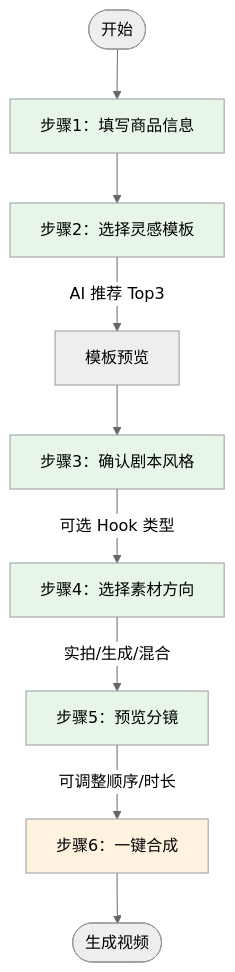
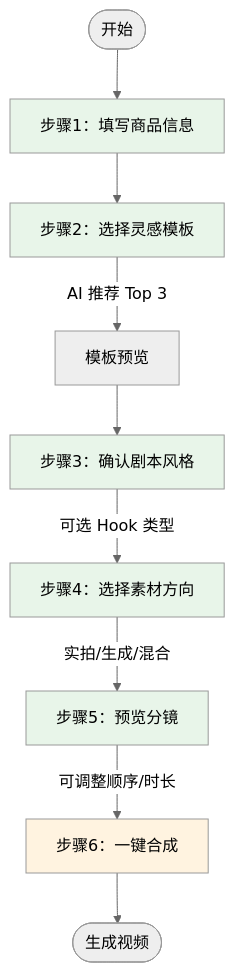
Before and after one commit to angleyanalbedo/aigc-video-mvp: the third of 10 diagrams in docs/课题提交文档.md, drawn with Mermaid (neutral theme). The commit also changed other lines of this file and 2 other files, not shown here.

````diff
--- a/docs/课题提交文档.md
+++ b/docs/课题提交文档.md
@@ -159,18 +180,18 @@
 ```mermaid
 graph TD
     Start([开始]) --> S1[步骤1：填写商品信息]
     S1 --> S2[步骤2：选择灵感模板]
-    S2 -->|AI 推荐 Top3| S2a[模板预览]
+    S2 -->|AI 推荐 Top 3| S2a[模板预览]
     S2a --> S3[步骤3：确认剧本风格]
     S3 -->|可选 Hook 类型| S4[步骤4：选择素材方向]
     S4 -->|实拍/生成/混合| S5[步骤5：预览分镜]
     S5 -->|可调整顺序/时长| S6[步骤6：一键合成]
     S6 --> Result([生成视频])
 
     style S1 fill:#E8F5E9
     style S2 fill:#E8F5E9
     style S3 fill:#E8F5E9
     style S4 fill:#E8F5E9
     style S5 fill:#E8F5E9
     style S6 fill:#FFF3E0
 ```
````
